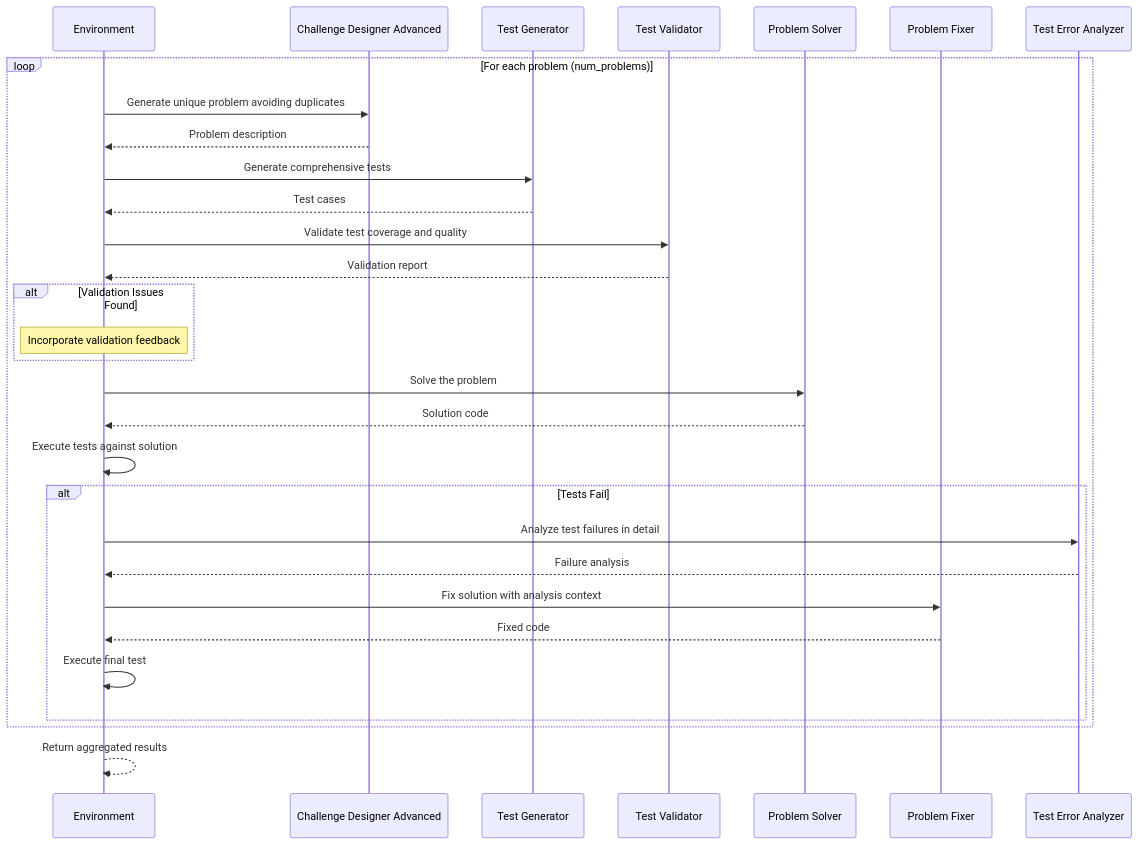
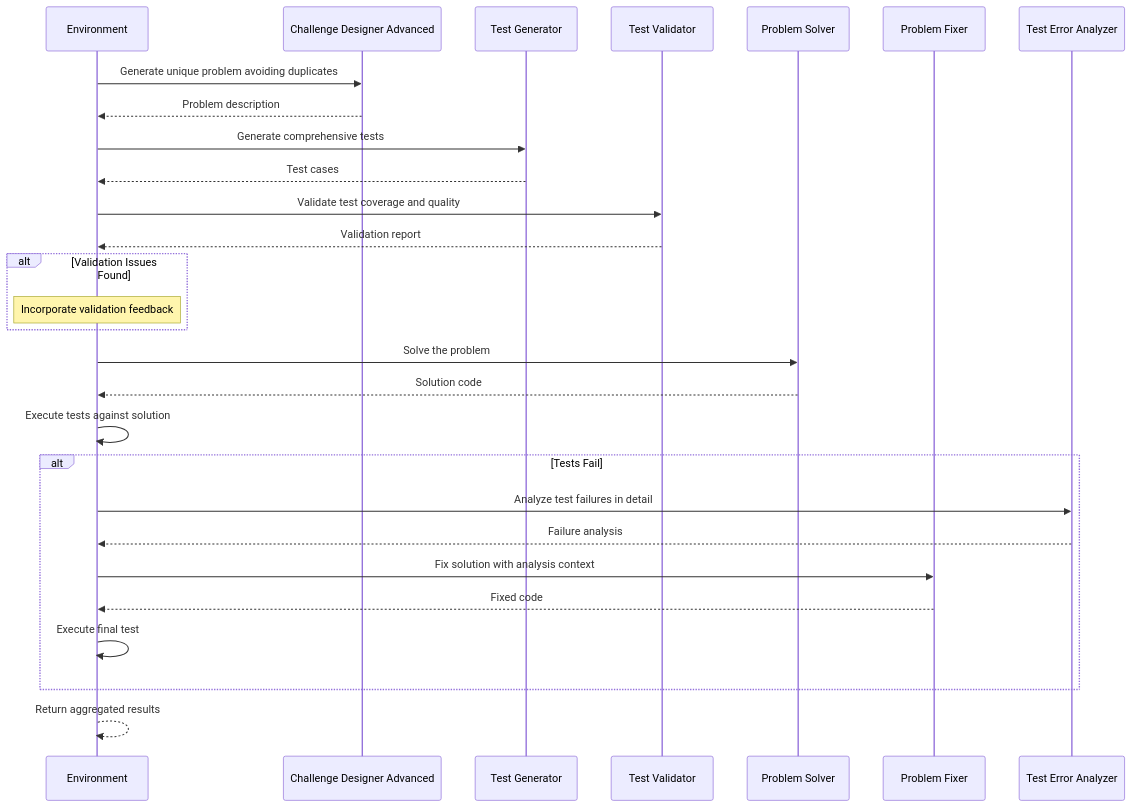
The third of 3 diagrams in docs/Environment-System.md (CommissarSilver/PrismBench), drawn with Mermaid before and after one commit. The commit also changed other lines of this file and 15 other files, not shown here.

````diff
--- a/docs/Environment-System.md
+++ b/docs/Environment-System.md
@@ -189,37 +190,35 @@
 ```mermaid
 sequenceDiagram
     participant E as Environment
     participant CDA as Challenge Designer Advanced
     participant TG as Test Generator
     participant TV as Test Validator
     participant PS as Problem Solver
     participant PF as Problem Fixer
     participant TEA as Test Error Analyzer
     
-    loop For each problem (num_problems)
-        E->>CDA: Generate unique problem avoiding duplicates
-        CDA-->>E: Problem description
-        E->>TG: Generate comprehensive tests
-        TG-->>E: Test cases
-        E->>TV: Validate test coverage and quality
-        TV-->>E: Validation report
-        
-        alt Validation Issues Found
-            Note over E: Incorporate validation feedback
-        end
-        
-        E->>PS: Solve the problem
-        PS-->>E: Solution code
-        E->>E: Execute tests against solution
-        
-        alt Tests Fail
-            E->>TEA: Analyze test failures in detail
-            TEA-->>E: Failure analysis
-            E->>PF: Fix solution with analysis context
-            PF-->>E: Fixed code
-            E->>E: Execute final test
-        end
+    E->>CDA: Generate unique problem avoiding duplicates
+    CDA-->>E: Problem description
+    E->>TG: Generate comprehensive tests
+    TG-->>E: Test cases
+    E->>TV: Validate test coverage and quality
+    TV-->>E: Validation report
+    
+    alt Validation Issues Found
+        Note over E: Incorporate validation feedback
+    end
+    
+    E->>PS: Solve the problem
+    PS-->>E: Solution code
+    E->>E: Execute tests against solution
+    
+    alt Tests Fail
+        E->>TEA: Analyze test failures in detail
+        TEA-->>E: Failure analysis
+        E->>PF: Fix solution with analysis context
+        PF-->>E: Fixed code
+        E->>E: Execute final test
     end
     
     E-->>E: Return aggregated results
 ```
````
